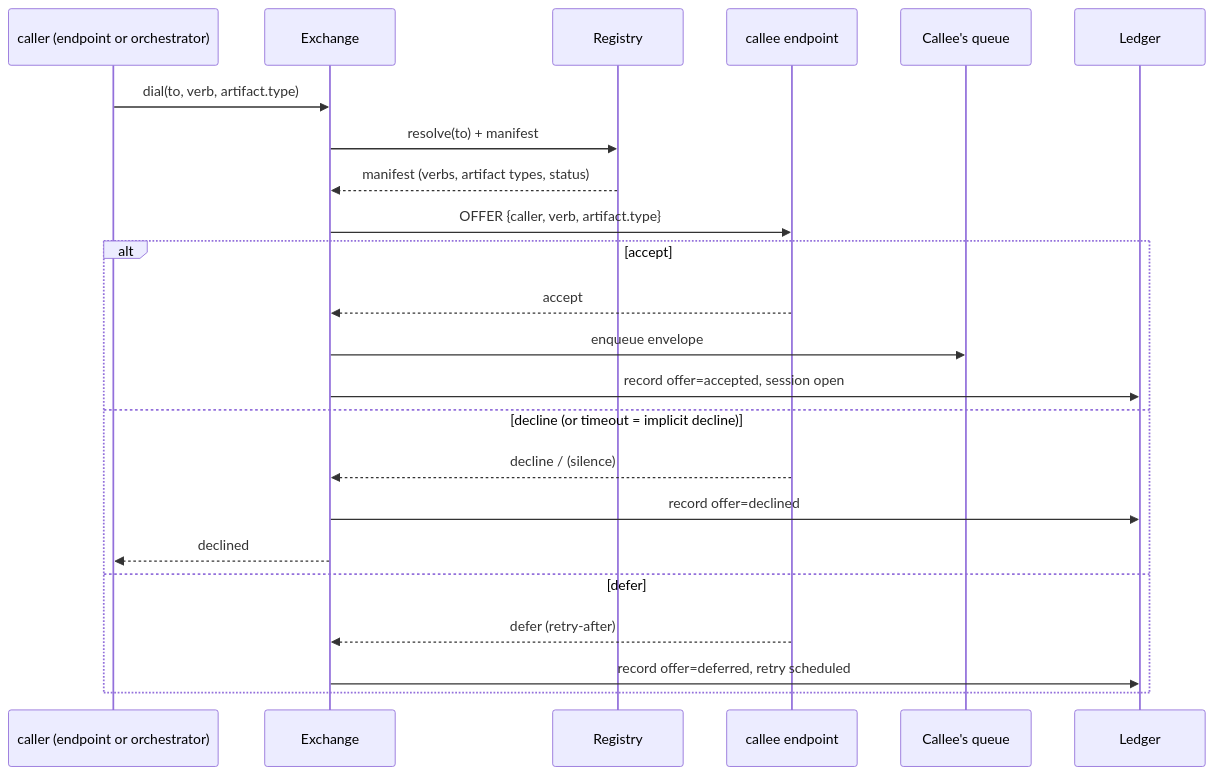
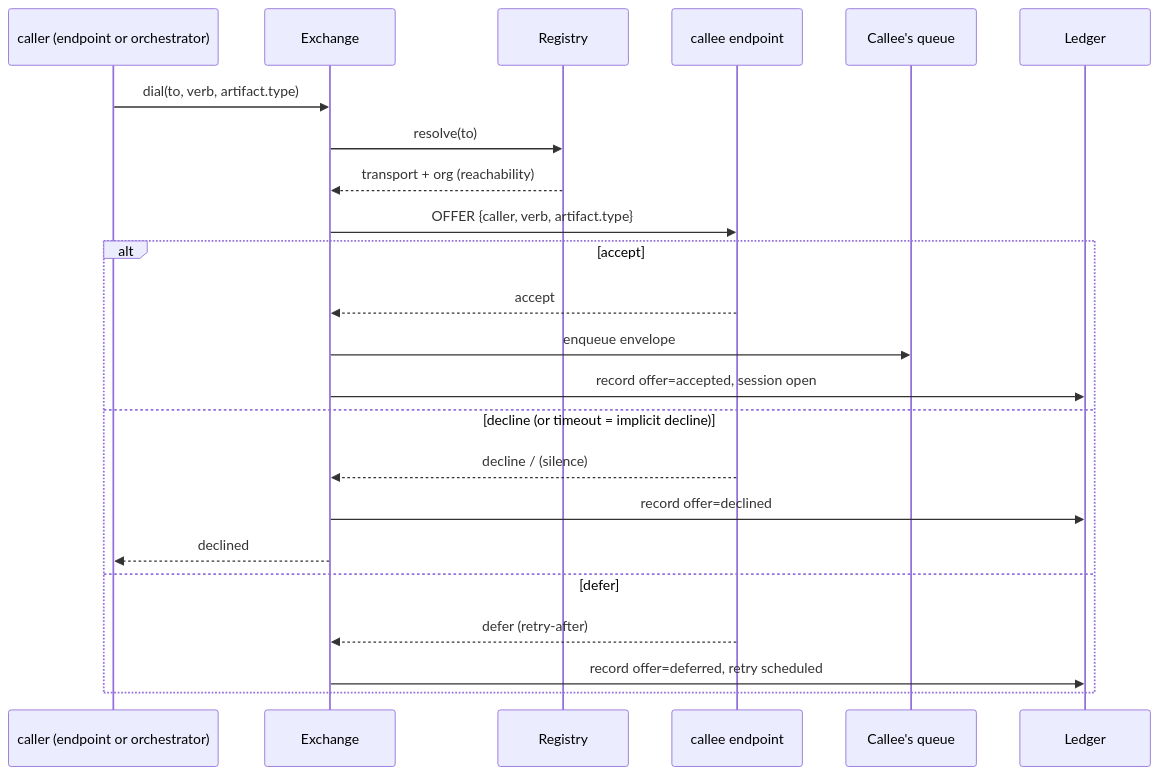
One commit to Mohit5047/OpenSwitchBoard changed the diagram in docs/diagrams/handshake.mmd. Above: the diagram before and after it, drawn with Mermaid. The commit also changed 7 other files, not shown here.

First line of the commit message:
Reconcile architecture, envelope schema, and diagrams with the no-manifest model

```diff
--- a/docs/diagrams/handshake.mmd
+++ b/docs/diagrams/handshake.mmd
@@ -1,24 +1,24 @@
 sequenceDiagram
     participant Caller as caller (endpoint or orchestrator)
     participant X as Exchange
     participant R as Registry
     participant Callee as callee endpoint
     participant Q as Callee's queue
     participant L as Ledger
 
     Caller->>X: dial(to, verb, artifact.type)
-    X->>R: resolve(to) + manifest
-    R-->>X: manifest (verbs, artifact types, status)
+    X->>R: resolve(to)
+    R-->>X: transport + org (reachability)
     X->>Callee: OFFER {caller, verb, artifact.type}
     alt accept
         Callee-->>X: accept
         X->>Q: enqueue envelope
         X->>L: record offer=accepted, session open
     else decline (or timeout = implicit decline)
         Callee-->>X: decline / (silence)
         X->>L: record offer=declined
         X-->>Caller: declined
     else defer
         Callee-->>X: defer (retry-after)
         X->>L: record offer=deferred, retry scheduled
     end
```
